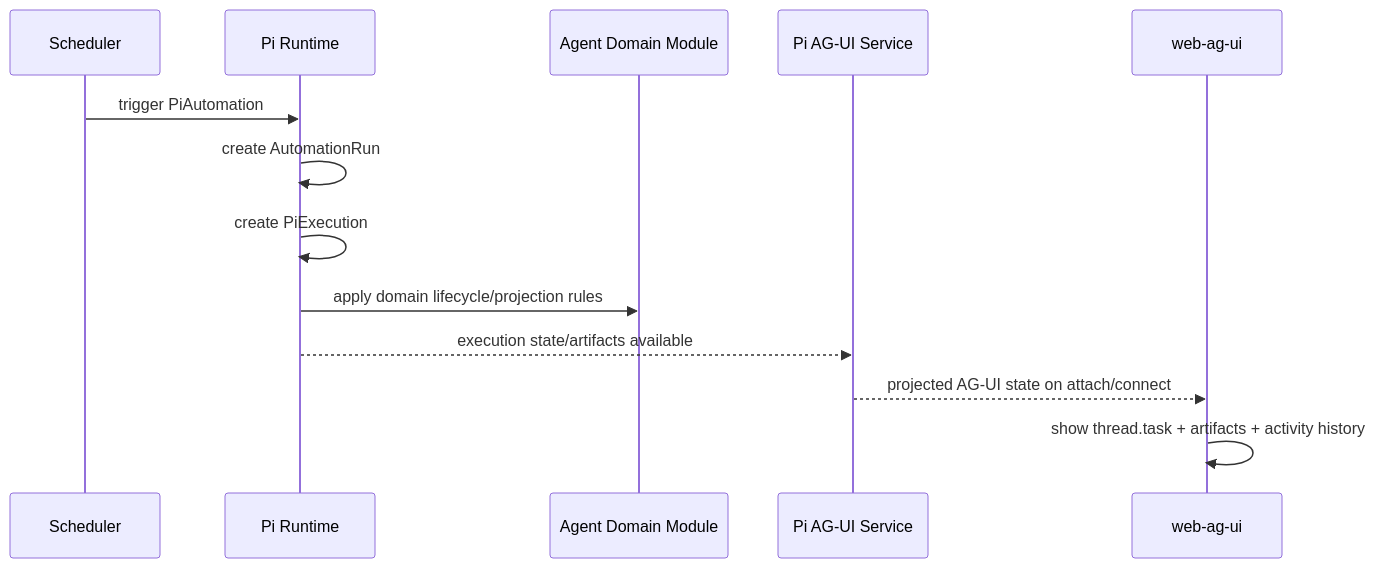
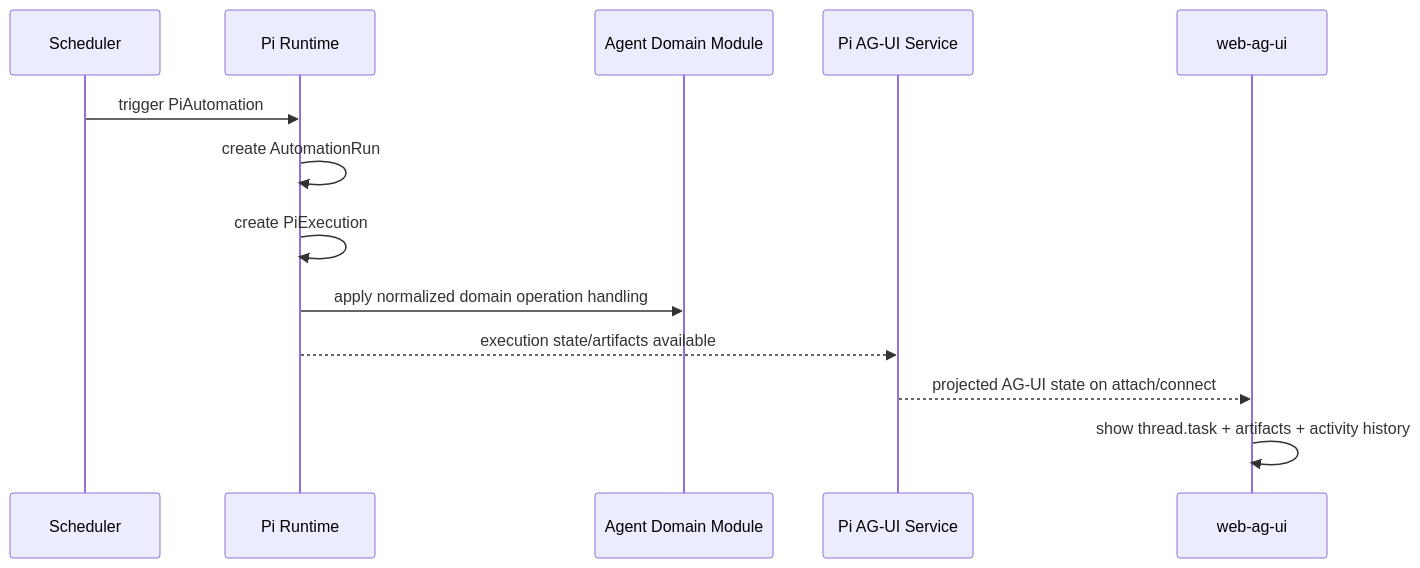
One commit to EmberAGI/arbitrum-vibekit changed the sixth of 7 diagrams in typescript/clients/web-ag-ui/docs/c4-pi-runtime-architecture-and-boundaries.md. Above: the diagram before and after it, drawn with Mermaid. The commit also changed other lines of this file and 9 other files, not shown here.

````diff
--- a/typescript/clients/web-ag-ui/docs/c4-pi-runtime-architecture-and-boundaries.md
+++ b/typescript/clients/web-ag-ui/docs/c4-pi-runtime-architecture-and-boundaries.md
@@ -295,16 +293,16 @@
 ```mermaid
 sequenceDiagram
   participant SCH as Scheduler
   participant RT as Pi Runtime
   participant DM as Agent Domain Module
   participant AG as Pi AG-UI Service
   participant Web as web-ag-ui
 
   SCH->>RT: trigger PiAutomation
   RT->>RT: create AutomationRun
   RT->>RT: create PiExecution
-  RT->>DM: apply domain lifecycle/projection rules
+  RT->>DM: apply normalized domain operation handling
   RT-->>AG: execution state/artifacts available
   AG-->>Web: projected AG-UI state on attach/connect
   Web->>Web: show thread.task + artifacts + activity history
 ```
````
